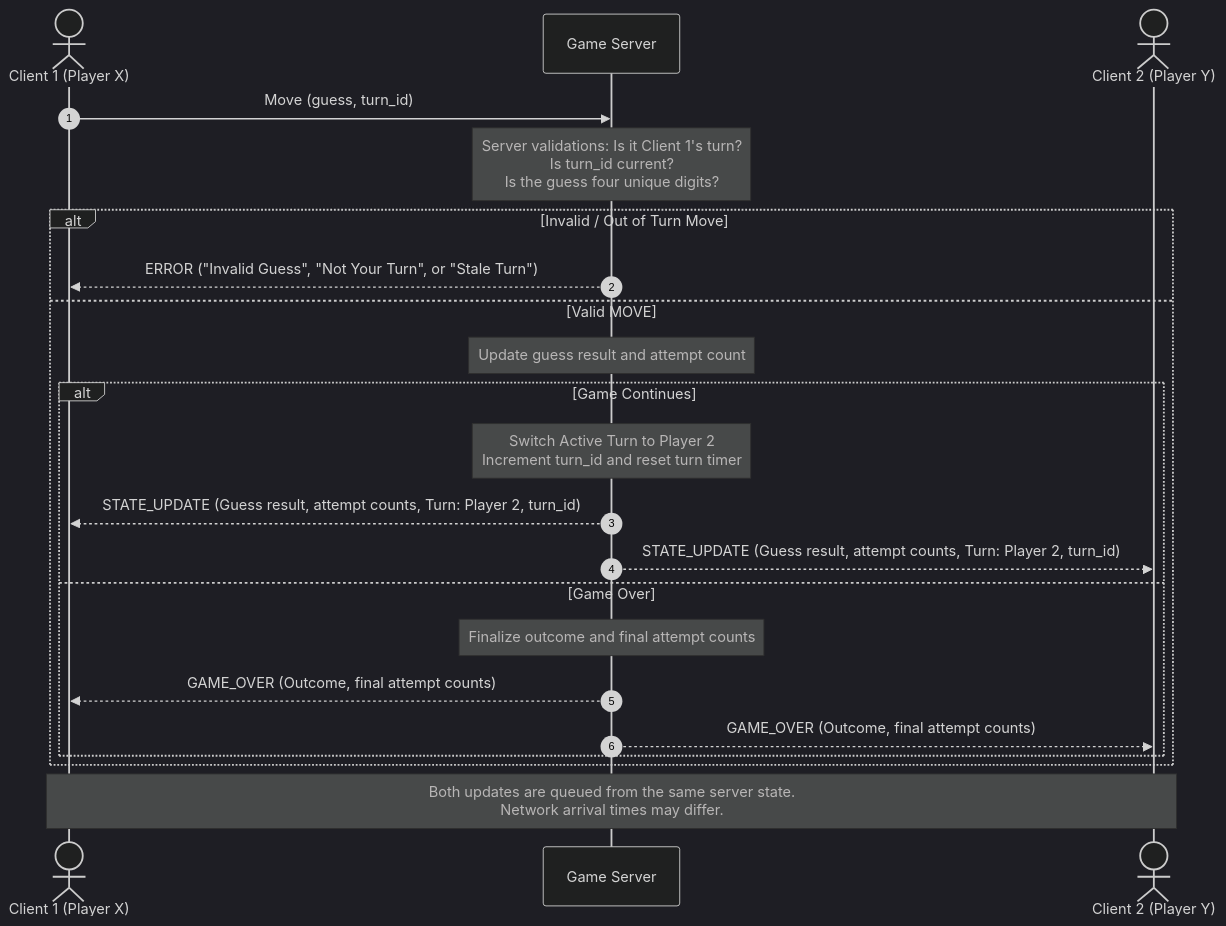
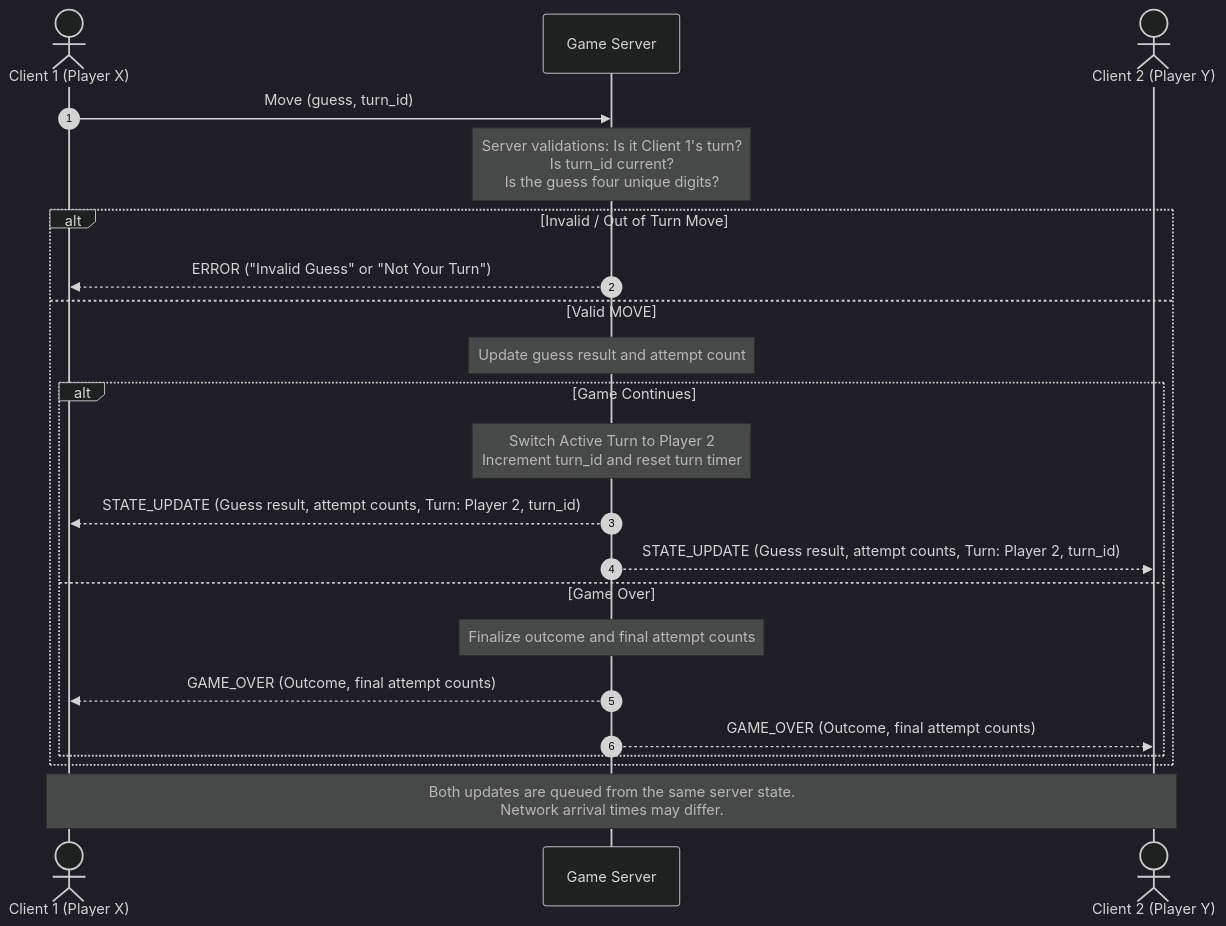
The diagram in docs/sequence_diagram.md (ABowSEC/CS457-CodeBreaker), drawn with Mermaid (dark theme) before and after one commit.

Commit message:
Simplify error message for invalid moves

````diff
--- a/docs/sequence_diagram.md
+++ b/docs/sequence_diagram.md
@@ -3,25 +3,25 @@
 ```mermaid
 sequenceDiagram
     autonumber
     actor Client1 as Client 1 (Player X)
     participant Server as Game Server
     actor Client2 as Client 2 (Player Y)
 
     Client1->>Server: Move (guess, turn_id)
     Note over Server: Server validations: Is it Client 1's turn?<br>Is turn_id current?<br>Is the guess four unique digits?
     alt Invalid / Out of Turn Move
-        Server-->>Client1: ERROR ("Invalid Guess", "Not Your Turn", or "Stale Turn")
+        Server-->>Client1: ERROR ("Invalid Guess" or "Not Your Turn")
     else Valid MOVE
         Note over Server: Update guess result and attempt count
         alt Game Continues
             Note over Server: Switch Active Turn to Player 2<br>Increment turn_id and reset turn timer
             Server-->>Client1: STATE_UPDATE (Guess result, attempt counts, Turn: Player 2, turn_id)
             Server-->>Client2: STATE_UPDATE (Guess result, attempt counts, Turn: Player 2, turn_id)
         else Game Over
             Note over Server: Finalize outcome and final attempt counts
             Server-->>Client1: GAME_OVER (Outcome, final attempt counts)
             Server-->>Client2: GAME_OVER (Outcome, final attempt counts)
         end
     end
     Note over Client1,Client2: Both updates are queued from the same server state.<br>Network arrival times may differ.
 ```
````
